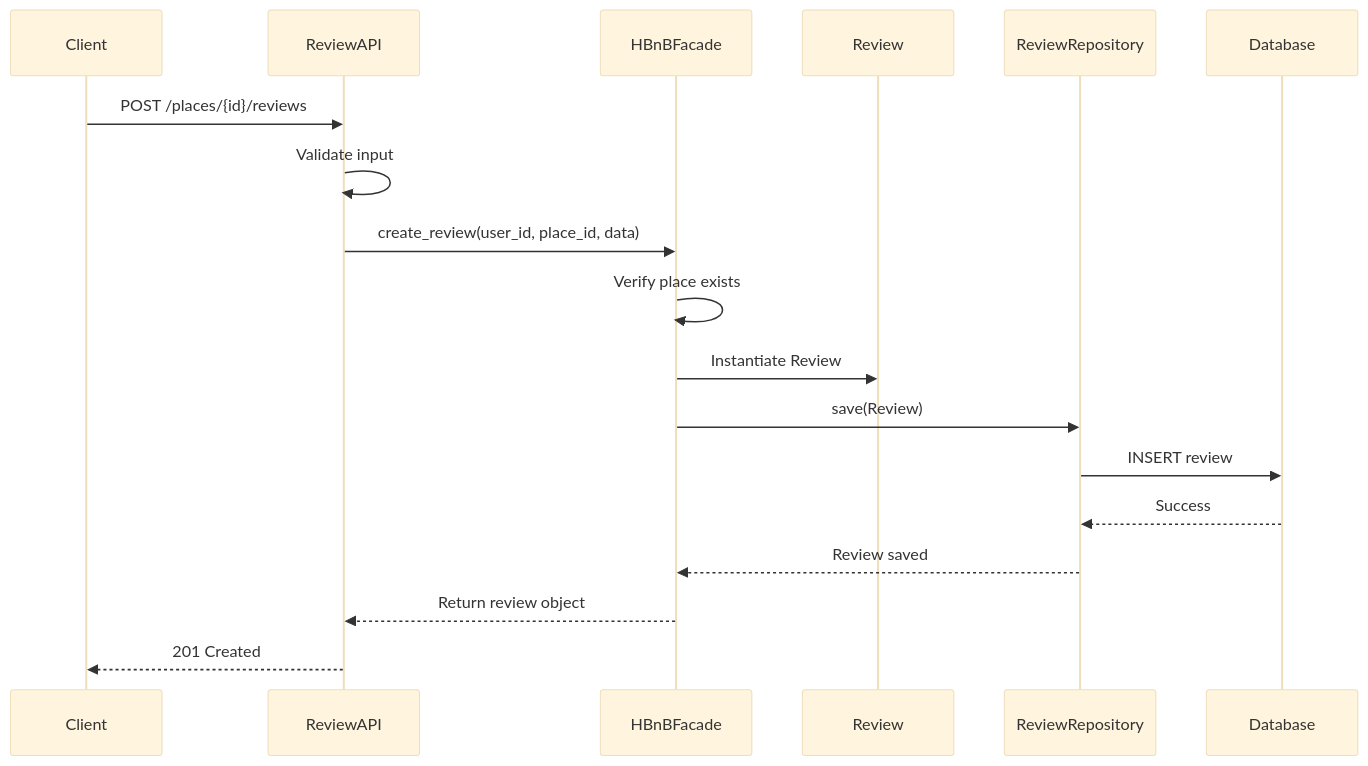
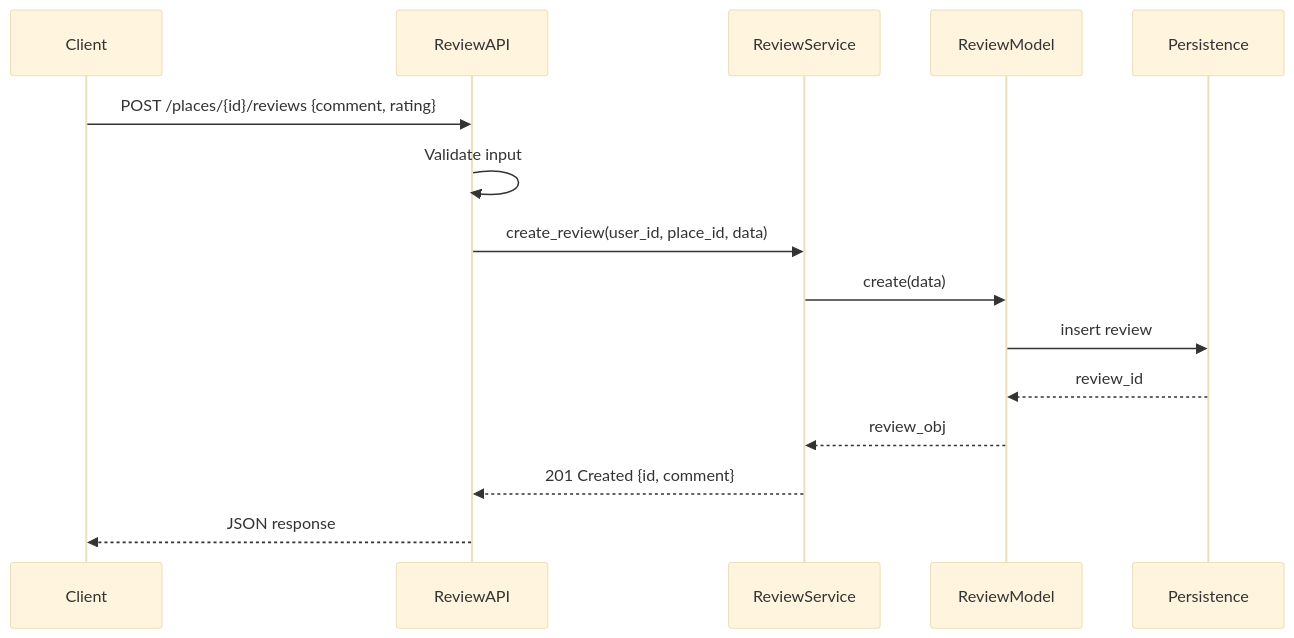
The third of 4 diagrams in part1/Sequence_Diagrams.md (laetitiagrondin/holbertonschool-hbnb), drawn with Mermaid (base theme) before and after one commit. The commit also changed other lines of this file, not shown here.

Commit message:
Modified code for diagrams

````diff
--- a/part1/Sequence_Diagrams.md
+++ b/part1/Sequence_Diagrams.md
@@ -50,21 +46,18 @@
 ```mermaid
 sequenceDiagram
     participant Client
     participant ReviewAPI
-    participant HBnBFacade
-    participant Review
-    participant ReviewRepository
-    participant Database
+    participant ReviewService
+    participant ReviewModel
+    participant Persistence
 
-    Client->>ReviewAPI: POST /places/{id}/reviews
+    Client->>ReviewAPI: POST /places/{id}/reviews {comment, rating}
     ReviewAPI->>ReviewAPI: Validate input
-    ReviewAPI->>HBnBFacade: create_review(user_id, place_id, data)
-    HBnBFacade->>HBnBFacade: Verify place exists
-    HBnBFacade->>Review: Instantiate Review
-    HBnBFacade->>ReviewRepository: save(Review)
-    ReviewRepository->>Database: INSERT review
-    Database-->>ReviewRepository: Success
-    ReviewRepository-->>HBnBFacade: Review saved
-    HBnBFacade-->>ReviewAPI: Return review object
-    ReviewAPI-->>Client: 201 Created
+    ReviewAPI->>ReviewService: create_review(user_id, place_id, data)
+    ReviewService->>ReviewModel: create(data)
+    ReviewModel->>Persistence: insert review
+    Persistence-->>ReviewModel: review_id
+    ReviewModel-->>ReviewService: review_obj
+    ReviewService-->>ReviewAPI: 201 Created {id, comment}
+    ReviewAPI-->>Client: JSON response
 ```
````
